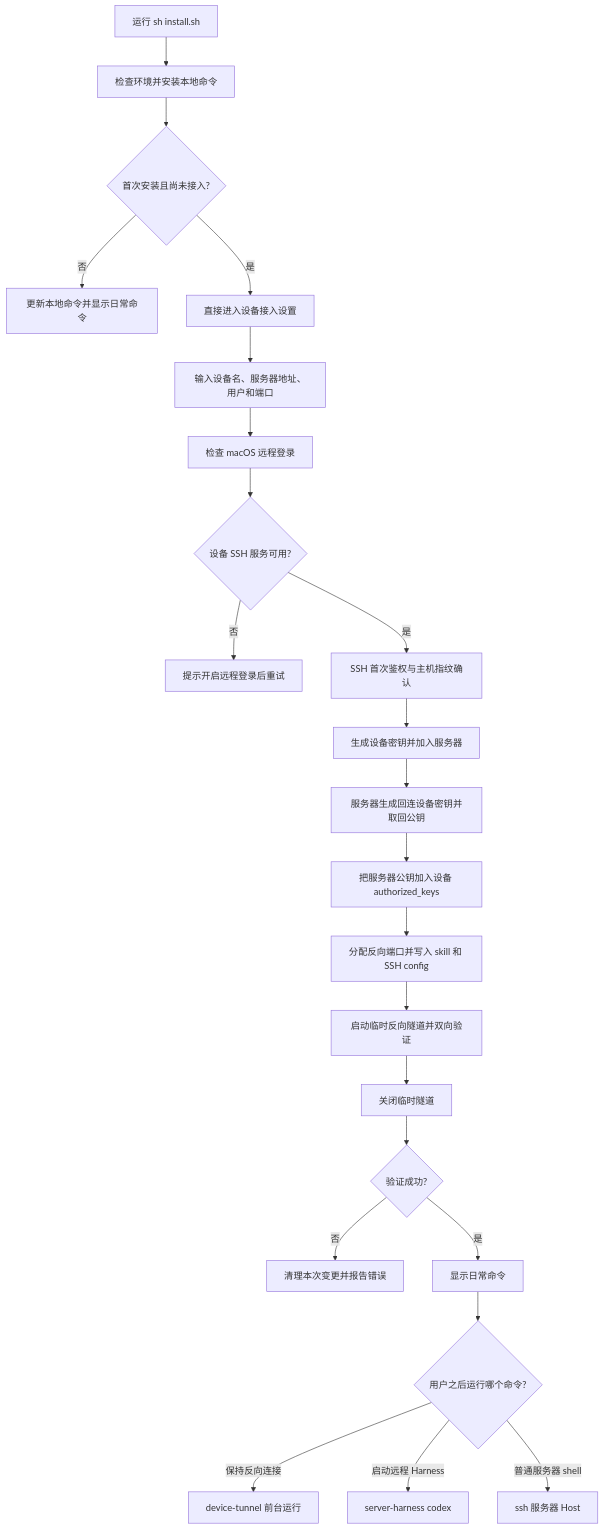
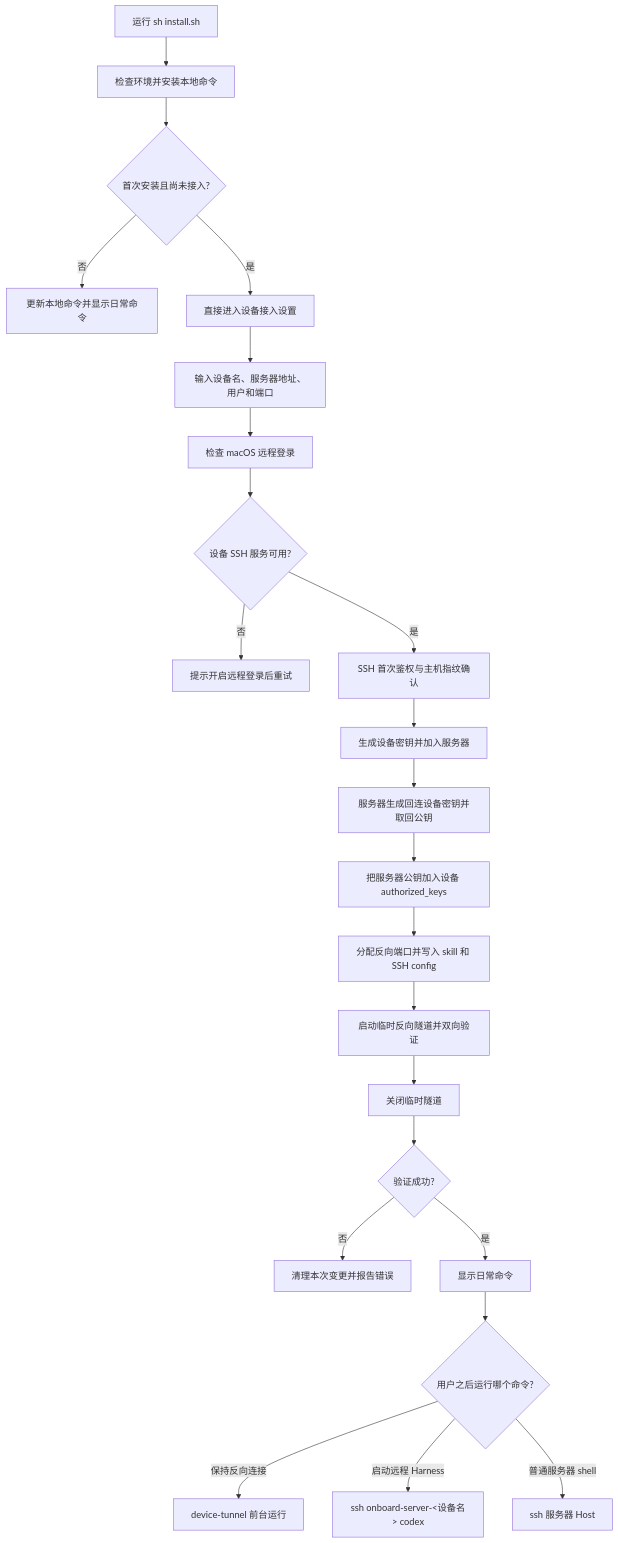
One commit to MuRain37/device-onboard changed the diagram in docs/mvp-spec.md. Above: the diagram before and after it, drawn with Mermaid. The commit also changed other lines of this file and 6 other files, not shown here.

First line of the commit message:
refactor: 删除 server-harness，用普通 ssh 别名替代

````diff
--- a/docs/mvp-spec.md
+++ b/docs/mvp-spec.md
@@ -46,25 +46,25 @@
 ```mermaid
 flowchart TD
     A[运行 sh install.sh] --> B[检查环境并安装本地命令]
     B --> C{首次安装且尚未接入?}
     C -- 否 --> C1[更新本地命令并显示日常命令]
     C -- 是 --> D[直接进入设备接入设置]
     D --> E[输入设备名、服务器地址、用户和端口]
     E --> F[检查 macOS 远程登录]
     F --> G{设备 SSH 服务可用?}
     G -- 否 --> G1[提示开启远程登录后重试]
     G -- 是 --> H[SSH 首次鉴权与主机指纹确认]
     H --> I[生成设备密钥并加入服务器]
     I --> J[服务器生成回连设备密钥并取回公钥]
     J --> K[把服务器公钥加入设备 authorized_keys]
     K --> L[分配反向端口并写入 skill 和 SSH config]
     L --> M[启动临时反向隧道并双向验证]
     M --> N[关闭临时隧道]
     N --> O{验证成功?}
     O -- 否 --> O1[清理本次变更并报告错误]
     O -- 是 --> P[显示日常命令]
     P --> Q{用户之后运行哪个命令?}
     Q -- 保持反向连接 --> R[device-tunnel 前台运行]
-    Q -- 启动远程 Harness --> S[server-harness codex]
+    Q -- 启动远程 Harness --> S[ssh onboard-server-&lt;设备名&gt; codex]
     Q -- 普通服务器 shell --> T[ssh 服务器 Host]
 ```
````
